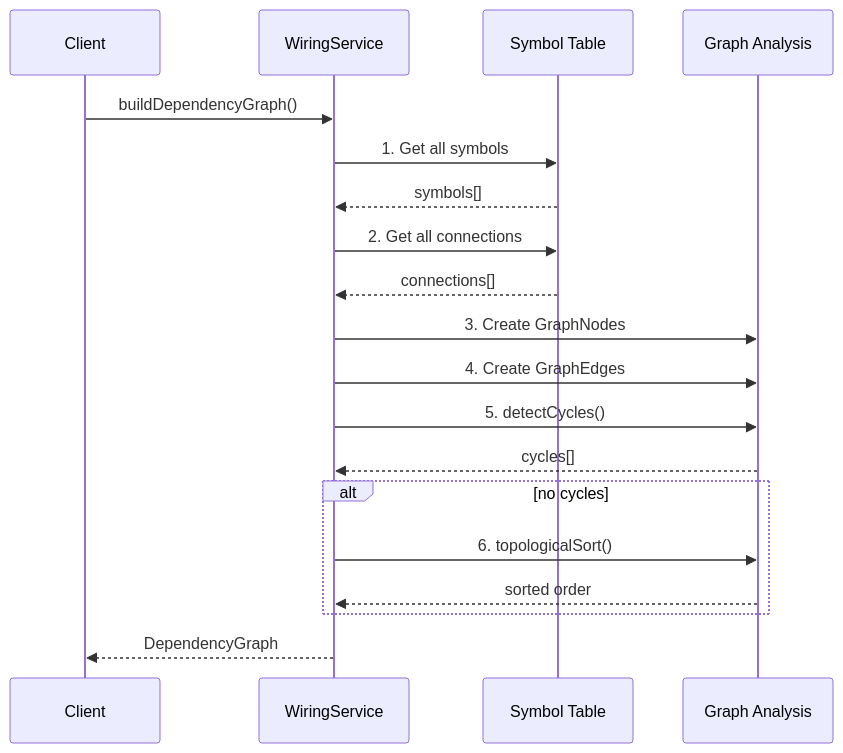
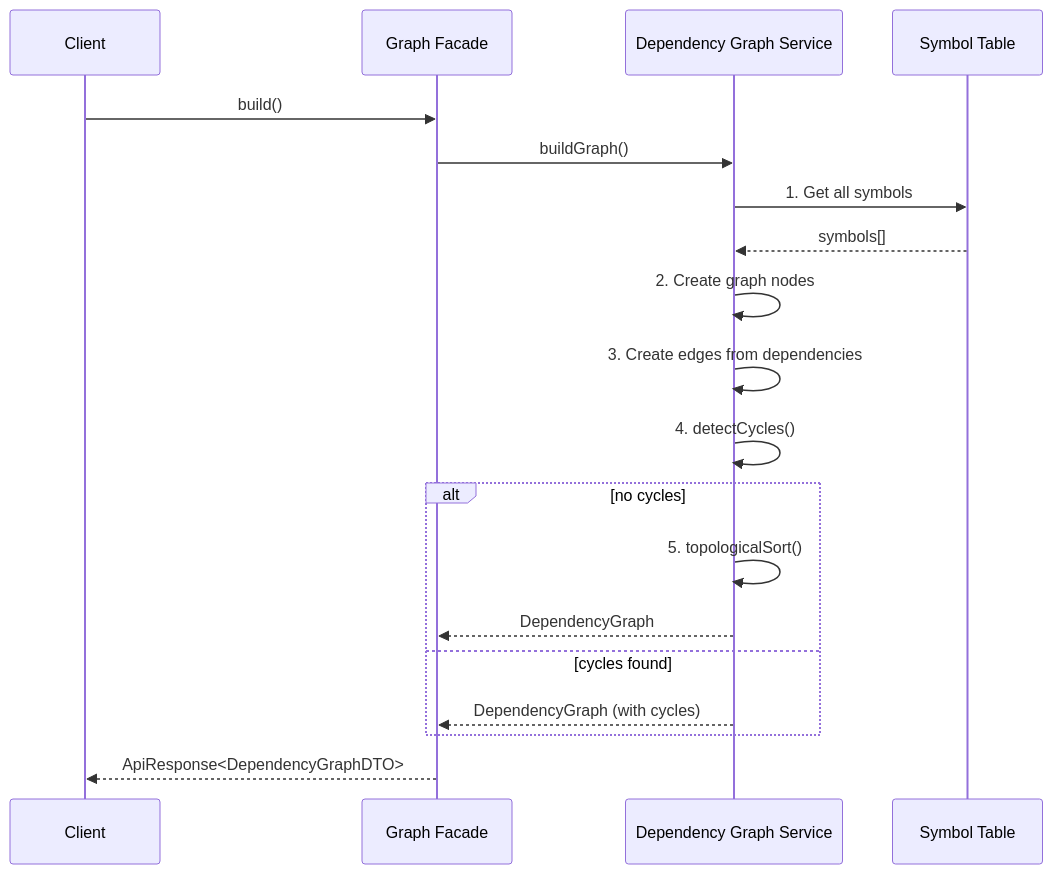
One commit to louipr/cyrus-code changed the sixth of 7 diagrams in docs/c4/dynamic.md. Above: the diagram before and after it, drawn with Mermaid. The commit also changed other lines of this file and 10 other files, not shown here.

First line of the commit message:
docs: remove obsolete HDL architecture, fix outdated references

````diff
--- a/docs/c4/dynamic.md
+++ b/docs/c4/dynamic.md
@@ -299,22 +262,22 @@
 ```mermaid
 sequenceDiagram
     participant Client
-    participant Wiring as WiringService
+    participant GraphFacade as Graph Facade
+    participant GraphService as Dependency Graph Service
     participant ST as Symbol Table
-    participant Graph as Graph Analysis
 
-    Client->>Wiring: buildDependencyGraph()
-    Wiring->>ST: 1. Get all symbols
-    ST-->>Wiring: symbols[]
-    Wiring->>ST: 2. Get all connections
-    ST-->>Wiring: connections[]
-    Wiring->>Graph: 3. Create GraphNodes
-    Wiring->>Graph: 4. Create GraphEdges
-    Wiring->>Graph: 5. detectCycles()
-    Graph-->>Wiring: cycles[]
+    Client->>GraphFacade: build()
+    GraphFacade->>GraphService: buildGraph()
+    GraphService->>ST: 1. Get all symbols
+    ST-->>GraphService: symbols[]
+    GraphService->>GraphService: 2. Create graph nodes
+    GraphService->>GraphService: 3. Create edges from dependencies
+    GraphService->>GraphService: 4. detectCycles()
     alt no cycles
-        Wiring->>Graph: 6. topologicalSort()
-        Graph-->>Wiring: sorted order
+        GraphService->>GraphService: 5. topologicalSort()
+        GraphService-->>GraphFacade: DependencyGraph
+    else cycles found
+        GraphService-->>GraphFacade: DependencyGraph (with cycles)
     end
-    Wiring-->>Client: DependencyGraph
+    GraphFacade-->>Client: ApiResponse<DependencyGraphDTO>
 ```
````
